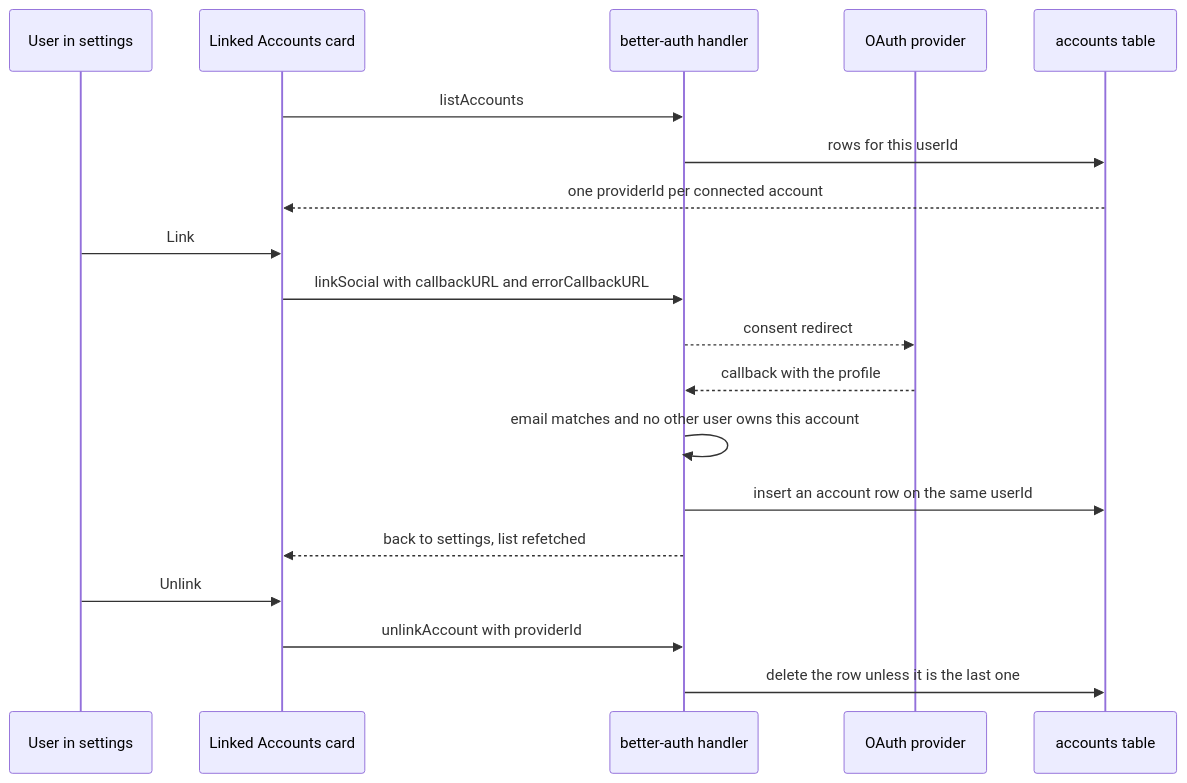
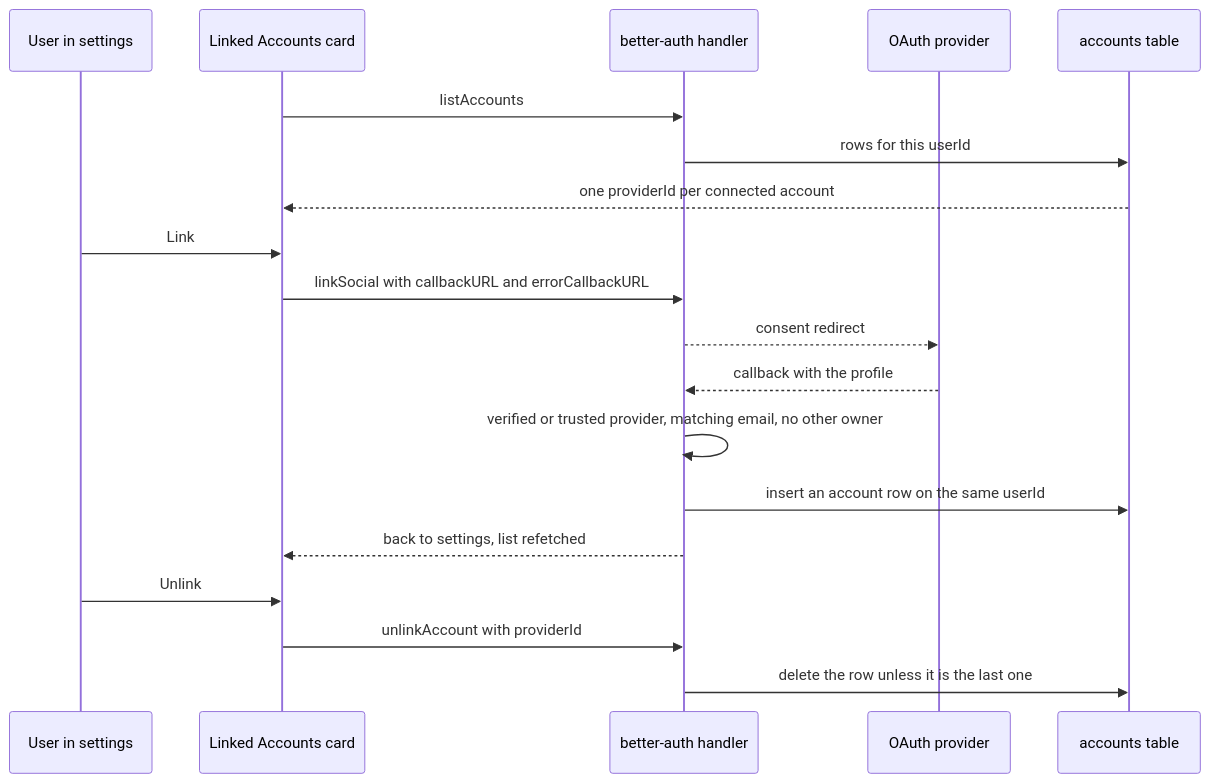
One commit to Esposter/Esposter changed the diagram in packages/app/content/docs/users/account-linking.md. Above: the diagram before and after it, drawn with Mermaid. The commit also changed other lines of this file and 18 other files, not shown here.

````diff
--- a/packages/app/content/docs/users/account-linking.md
+++ b/packages/app/content/docs/users/account-linking.md
@@ -29,22 +31,22 @@
 ```mermaid
 sequenceDiagram
   participant U as User in settings
   participant S as Linked Accounts card
   participant BA as better-auth handler
   participant P as OAuth provider
   participant DB as accounts table
 
   S->>BA: listAccounts
   BA->>DB: rows for this userId
   DB-->>S: one providerId per connected account
   U->>S: Link
   S->>BA: linkSocial with callbackURL and errorCallbackURL
   BA-->>P: consent redirect
   P-->>BA: callback with the profile
-  BA->>BA: email matches and no other user owns this account
+  BA->>BA: verified or trusted provider, matching email, no other owner
   BA->>DB: insert an account row on the same userId
   BA-->>S: back to settings, list refetched
   U->>S: Unlink
   S->>BA: unlinkAccount with providerId
   BA->>DB: delete the row unless it is the last one
 ```
````
